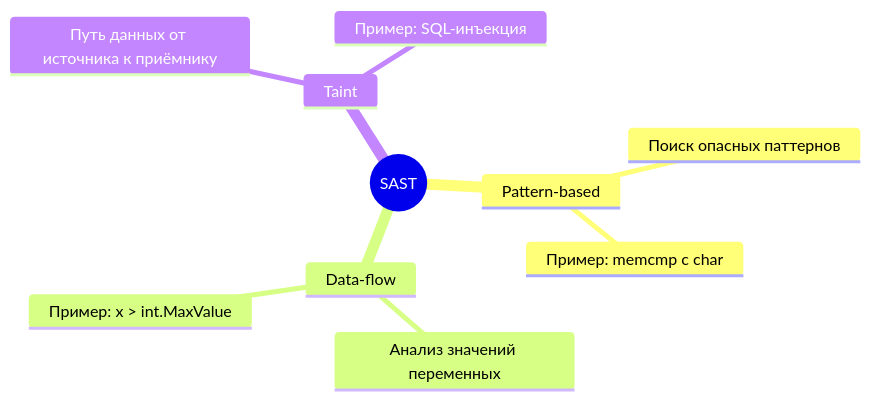
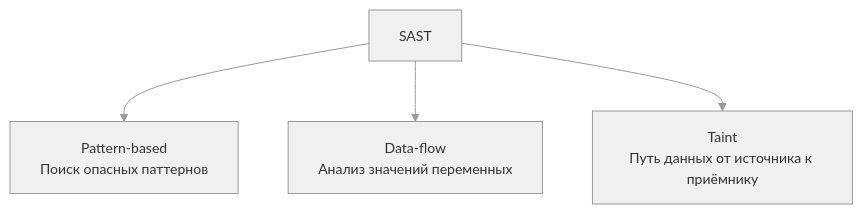
Before and after one commit to Otto-7/mcp: the diagram in docs/research/sast-basics.md, drawn with Mermaid.

````diff
--- a/docs/research/sast-basics.md
+++ b/docs/research/sast-basics.md
@@ -2,13 +2,13 @@
 ```mermaid
-mindmap
-  root((SAST))
-    Pattern-based
-      Поиск опасных паттернов
-      Пример: memcmp с char
-    Data-flow
-      Анализ значений переменных
-      Пример: x > int.MaxValue
-    Taint
-      Путь данных от источника к приёмнику
-      Пример: SQL-инъекция
+%%{init: {'theme':'base', 'themeVariables': {
+  'primaryColor': '#f0f0f0',
+  'primaryTextColor': '#333333',
+  'primaryBorderColor': '#999999',
+  'lineColor': '#999999',
+  'fontSize': '14px'
+}}}%%
+flowchart TD
+    SAST[SAST] --> A["Pattern-based<br/>Поиск опасных паттернов"]
+    SAST --> B["Data-flow<br/>Анализ значений переменных"]
+    SAST --> C["Taint<br/>Путь данных от источника к приёмнику"]
 ```
````
